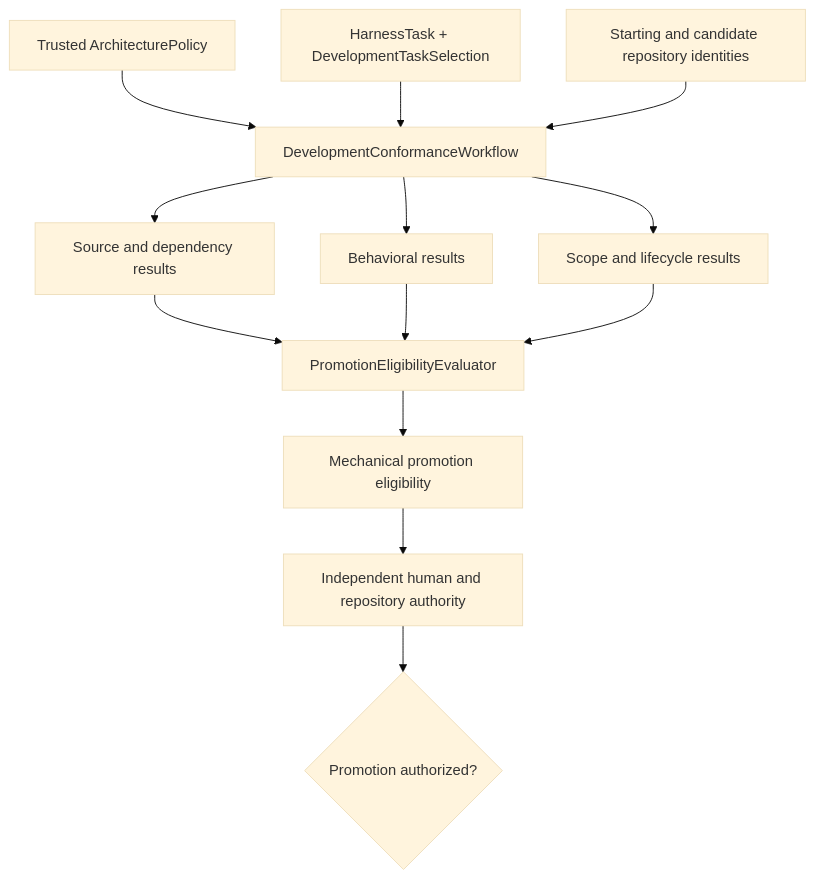
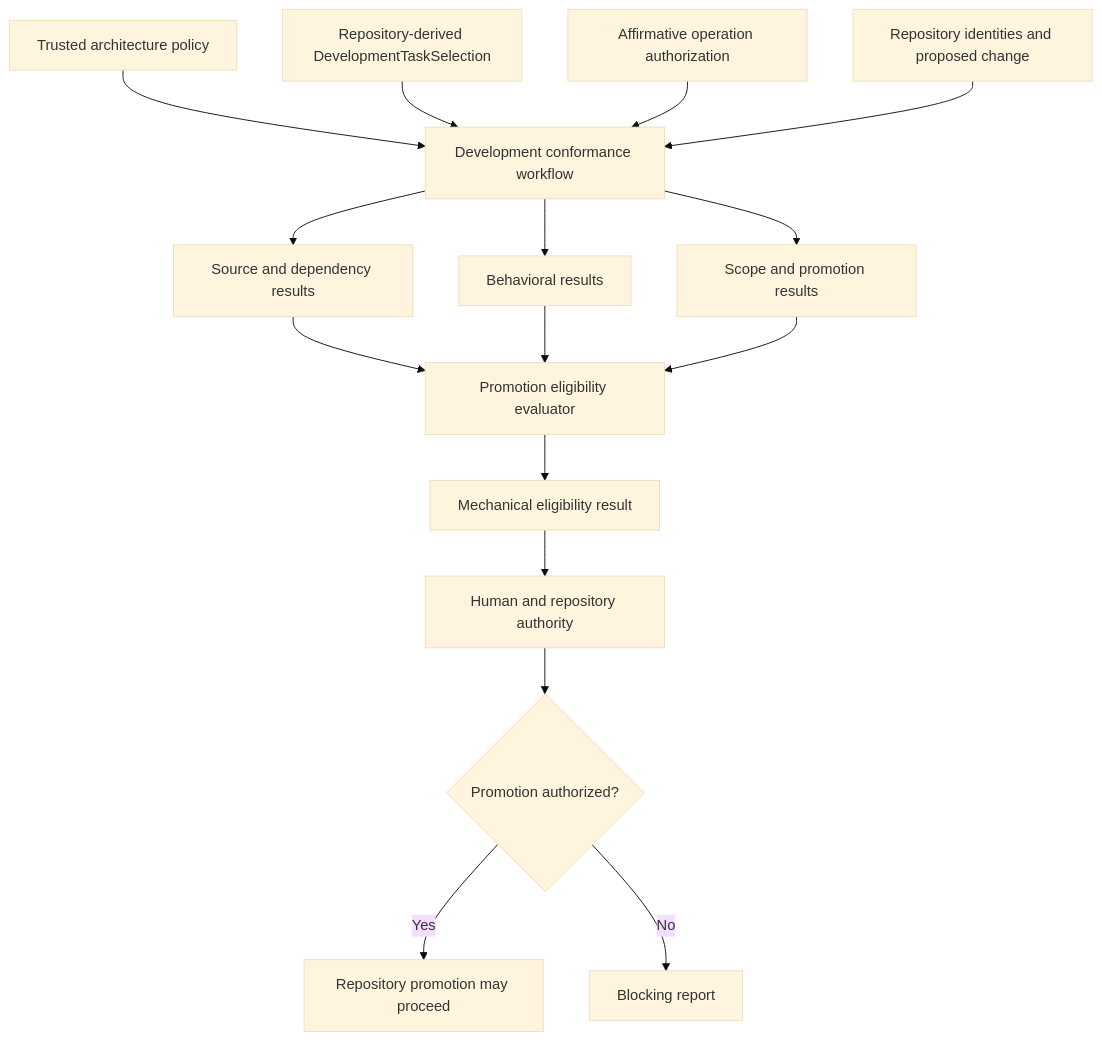
Before and after one commit to eragasa/ksdft2effmass: the diagram in docs/architecture/v2/harness/conformance.md, drawn with Mermaid (base theme). The commit also changed other lines of this file and 80 other files, not shown here.

Commit message:
docs: reconcile architecture v2

````diff
--- a/docs/architecture/v2/harness/conformance.md
+++ b/docs/architecture/v2/harness/conformance.md
@@ -36,15 +43,18 @@
 ```mermaid
 flowchart TD
-    A["Trusted ArchitecturePolicy"] --> C["DevelopmentConformanceWorkflow"]
-    T["HarnessTask + DevelopmentTaskSelection"] --> C
-    R["Starting and candidate repository identities"] --> C
-    C --> S["Source and dependency results"]
-    C --> B["Behavioral results"]
-    C --> Q["Scope and lifecycle results"]
-    S --> G["PromotionEligibilityEvaluator"]
+    A["Trusted architecture policy"] --> E["Development conformance workflow"]
+    DS["Repository-derived DevelopmentTaskSelection"] --> E
+    AR["Affirmative operation authorization"] --> E
+    R["Repository identities and proposed change"] --> E
+    E --> SRC["Source and dependency results"]
+    E --> B["Behavioral results"]
+    E --> Q["Scope and promotion results"]
+    SRC --> G["Promotion eligibility evaluator"]
     B --> G
     Q --> G
-    G --> M["Mechanical promotion eligibility"]
-    M --> H["Independent human and repository authority"]
+    G --> M["Mechanical eligibility result"]
+    M --> H["Human and repository authority"]
     H --> P{"Promotion authorized?"}
+    P -->|Yes| Y["Repository promotion may proceed"]
+    P -->|No| N["Blocking report"]
 ```
````
